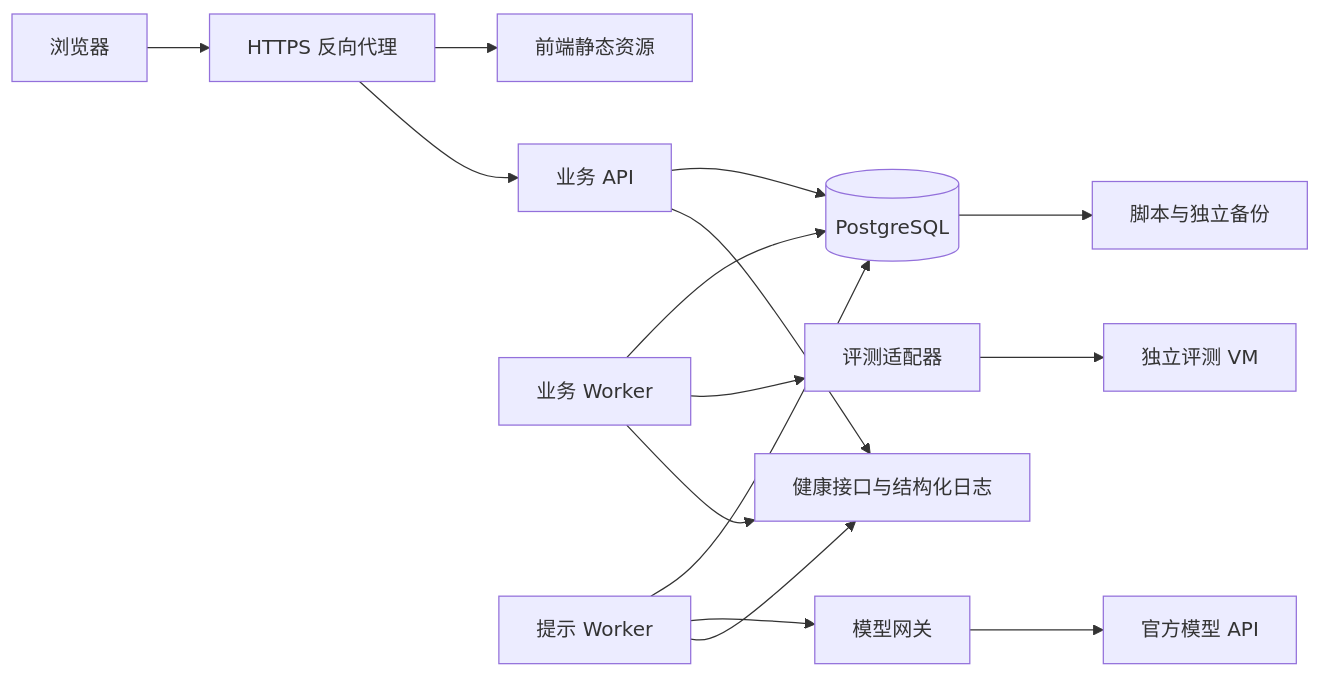
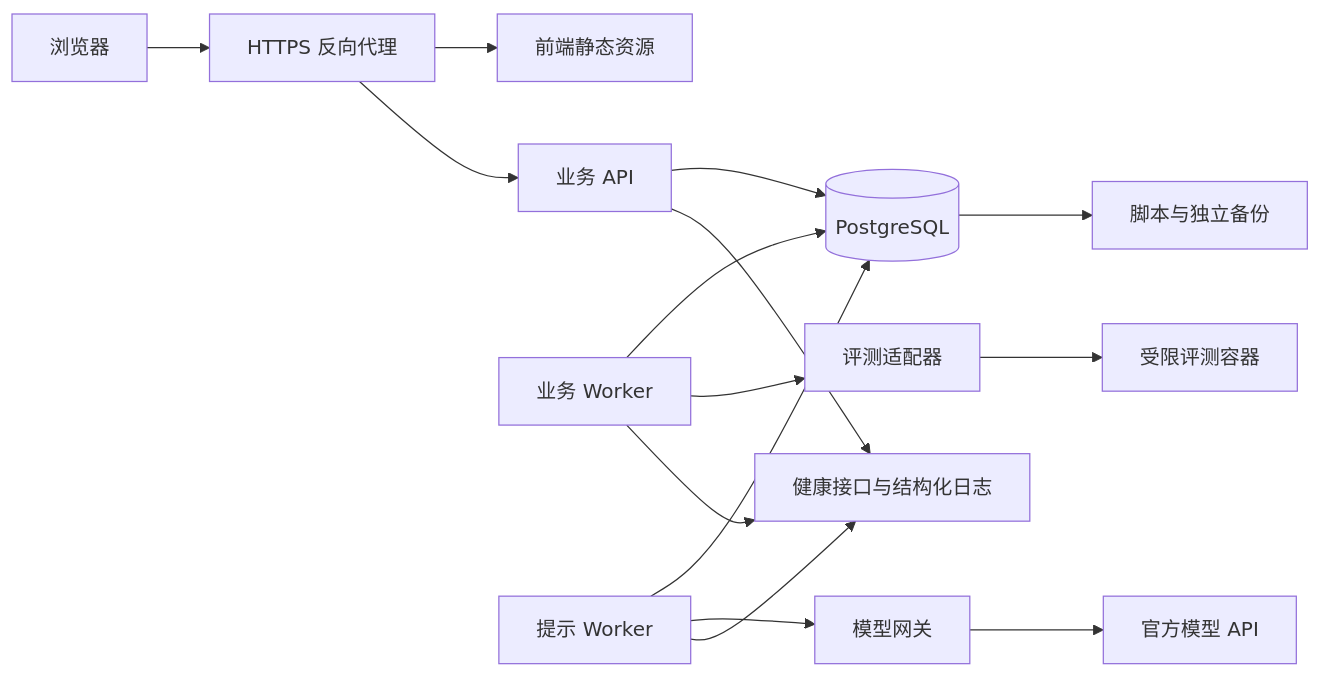
One commit to Cupid-qrq/Astra-SE-Team-Project changed the diagram in docs/02-architecture.md. Above: the diagram before and after it, drawn with Mermaid. The commit also changed other lines of this file and 25 other files, not shown here.

````diff
--- a/docs/02-architecture.md
+++ b/docs/02-architecture.md
@@ -7,17 +7,17 @@
 ```mermaid
 flowchart LR
   Browser[浏览器] --> Proxy[HTTPS 反向代理]
   Proxy --> Web[前端静态资源]
   Proxy --> API[业务 API]
   API --> PG[(PostgreSQL)]
   Worker[业务 Worker] --> PG
   Worker --> Adapter[评测适配器]
-  Adapter --> Runner[独立评测 VM]
+  Adapter --> Runner[受限评测容器]
   HintWorker[提示 Worker] --> PG
   HintWorker --> Gateway[模型网关]
   Gateway --> Model[官方模型 API]
   PG --> Backup[脚本与独立备份]
   API --> Monitor[健康接口与结构化日志]
   Worker --> Monitor
   HintWorker --> Monitor
 ```
````
